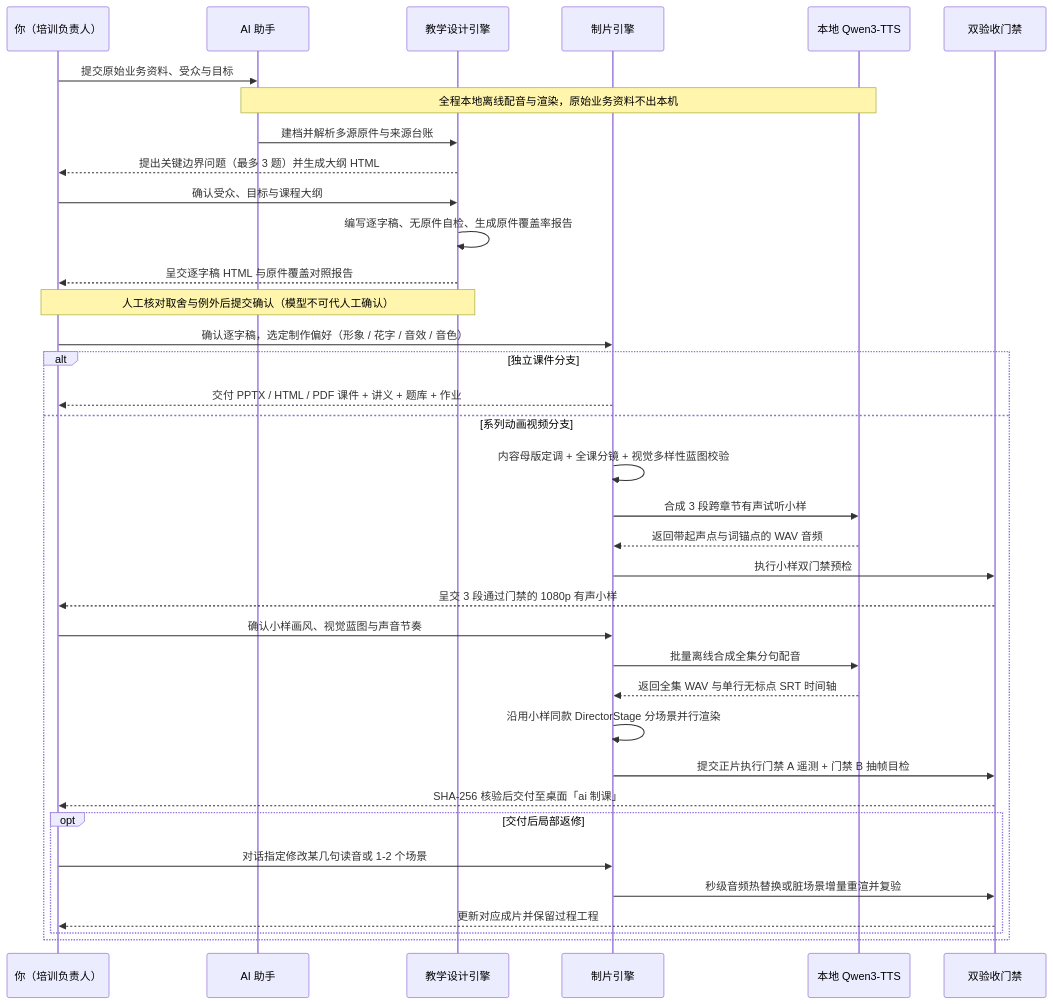
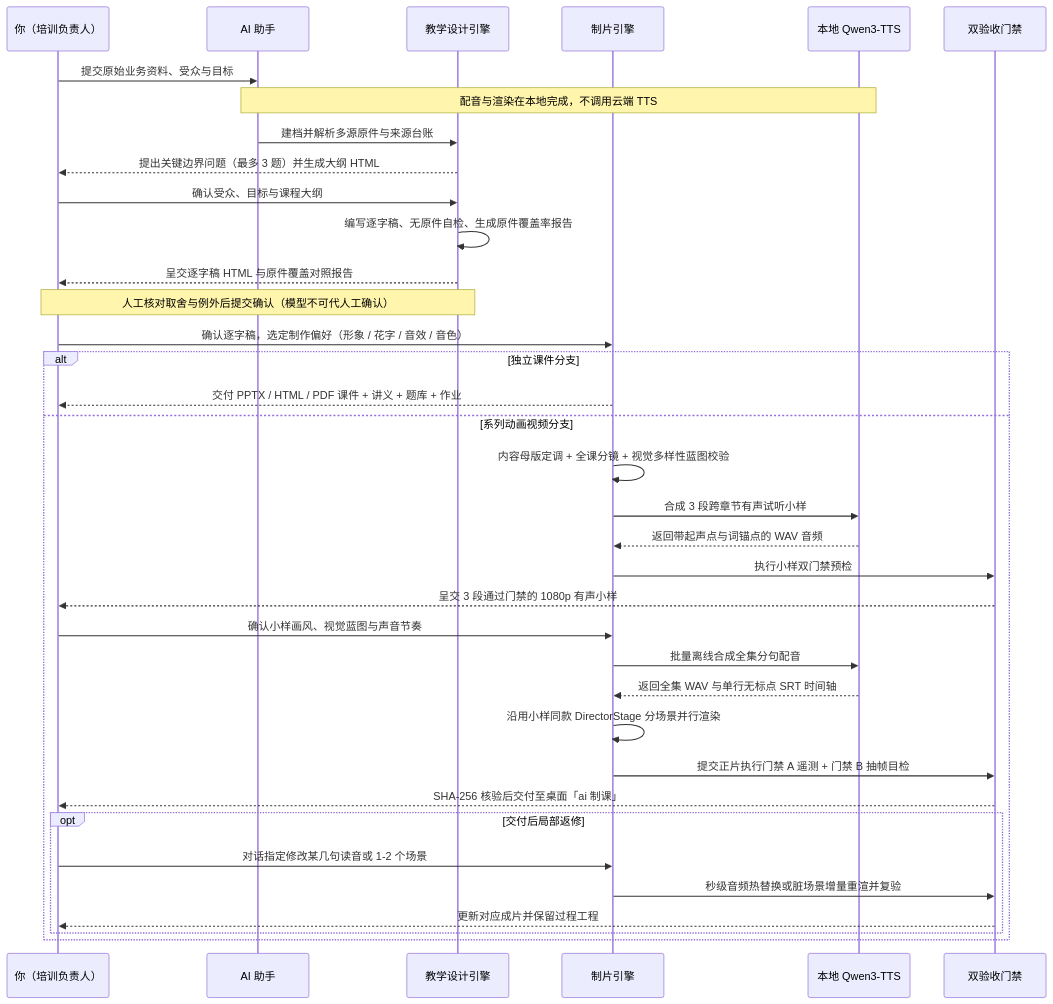
Before and after one commit to hebokenn/kgxc-corporate-course-skill: the third of 5 diagrams in README.md, drawn with Mermaid. The commit also changed other lines of this file and 2 other files, not shown here.

Commit message:
docs(homepage): plain-language hero, simpler flow, env/limits, branding & FAQ; update RELEASING rules

````diff
--- a/README.md
+++ b/README.md
@@ -286,40 +291,40 @@
 ```mermaid
 sequenceDiagram
     participant U as 你（培训负责人）
     participant A as AI 助手
     participant ID as 教学设计引擎
     participant MT as 制片引擎
     participant TTS as 本地 Qwen3-TTS
     participant QA as 双验收门禁
 
     U->>A: 提交原始业务资料、受众与目标
-    Note over A,TTS: 全程本地离线配音与渲染，原始业务资料不出本机
+    Note over A,TTS: 配音与渲染在本地完成，不调用云端 TTS
     A->>ID: 建档并解析多源原件与来源台账
     ID-->>U: 提出关键边界问题（最多 3 题）并生成大纲 HTML
     U->>ID: 确认受众、目标与课程大纲
     ID->>ID: 编写逐字稿、无原件自检、生成原件覆盖率报告
     ID-->>U: 呈交逐字稿 HTML 与原件覆盖对照报告
     Note over U,ID: 人工核对取舍与例外后提交确认（模型不可代人工确认）
     U->>MT: 确认逐字稿，选定制作偏好（形象 / 花字 / 音效 / 音色）
 
     alt 独立课件分支
         MT-->>U: 交付 PPTX / HTML / PDF 课件 + 讲义 + 题库 + 作业
     else 系列动画视频分支
         MT->>MT: 内容母版定调 + 全课分镜 + 视觉多样性蓝图校验
         MT->>TTS: 合成 3 段跨章节有声试听小样
         TTS-->>MT: 返回带起声点与词锚点的 WAV 音频
         MT->>QA: 执行小样双门禁预检
         QA-->>U: 呈交 3 段通过门禁的 1080p 有声小样
         U->>MT: 确认小样画风、视觉蓝图与声音节奏
         MT->>TTS: 批量离线合成全集分句配音
         TTS-->>MT: 返回全集 WAV 与单行无标点 SRT 时间轴
         MT->>MT: 沿用小样同款 DirectorStage 分场景并行渲染
         MT->>QA: 提交正片执行门禁 A 遥测 + 门禁 B 抽帧目检
         QA-->>U: SHA-256 核验后交付至桌面「ai 制课」
         opt 交付后局部返修
             U->>MT: 对话指定修改某几句读音或 1-2 个场景
             MT->>QA: 秒级音频热替换或脏场景增量重渲并复验
             QA-->>U: 更新对应成片并保留过程工程
         end
     end
 ```
````
